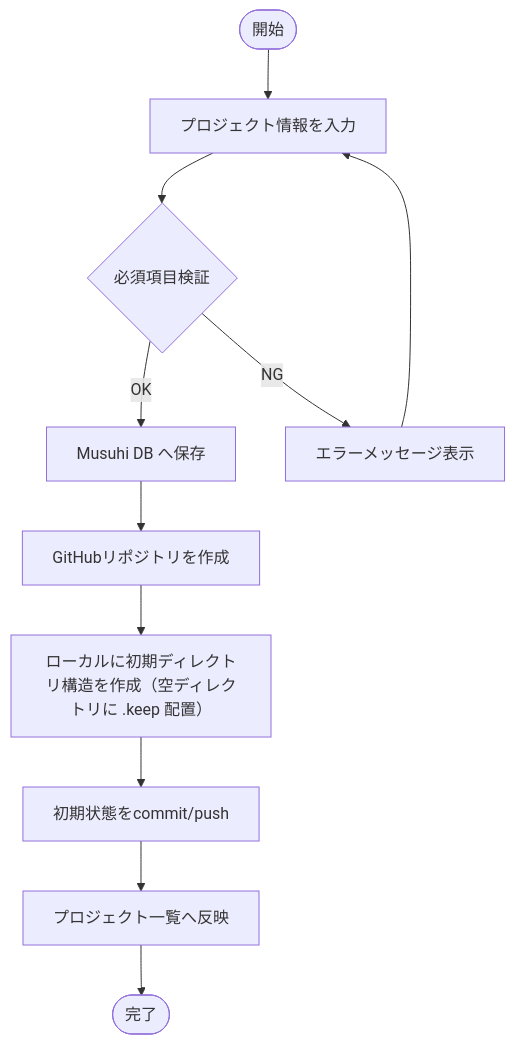
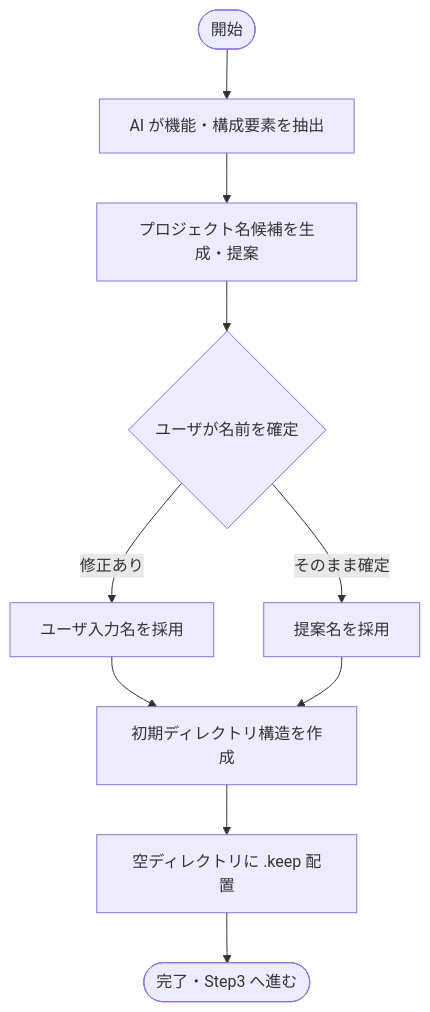
The sixth of 17 diagrams in _document/002.要件定義フェーズ/001.要件定義/001-01.機能要件定義書.md (BossApe/lo-vibe), drawn with Mermaid before and after one commit. The commit also changed other lines of this file and 8 other files, not shown here.

````diff
--- a/_document/002.要件定義フェーズ/001.要件定義/001-01.機能要件定義書.md
+++ b/_document/002.要件定義フェーズ/001.要件定義/001-01.機能要件定義書.md
@@ -198,13 +242,12 @@
 ```mermaid
 flowchart TD
-    A([開始]) --> B[プロジェクト情報を入力]
-    B --> C{必須項目検証}
-    C -- OK --> D[Musuhi DB へ保存]
-    D --> E[GitHubリポジトリを作成]
-    E --> F[ローカルに初期ディレクトリ構造を作成（空ディレクトリに .keep 配置）]
-    F --> G[初期状態をcommit/push]
-    G --> H[プロジェクト一覧へ反映]
-    H --> I([完了])
-    C -- NG --> X[エラーメッセージ表示]
-    X --> B
+    A([開始]) --> B[AI が機能・構成要素を抽出]
+    B --> C[プロジェクト名候補を生成・提案]
+    C --> D{ユーザが名前を確定}
+    D -- 修正あり --> E[ユーザ入力名を採用]
+    D -- そのまま確定 --> F[提案名を採用]
+    E --> G[初期ディレクトリ構造を作成]
+    F --> G
+    G --> H[空ディレクトリに .keep 配置]
+    H --> I([完了・Step3 へ進む])
 ```
````
